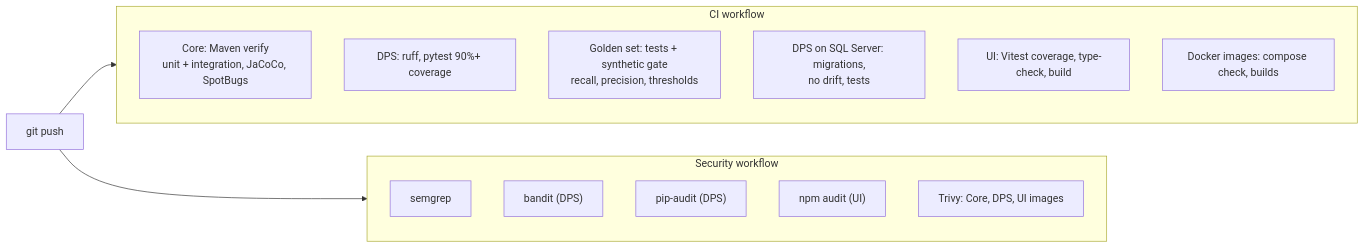
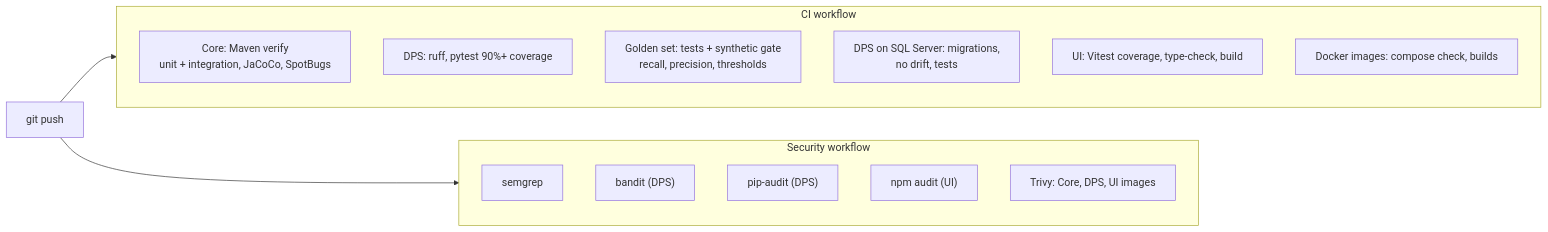
Before and after one commit to Vishwas2311/loan-covenant-platform: the ninth of 9 diagrams in docs/architecture/covenant-platform.md, drawn with Mermaid. The commit also changed other lines of this file and 3 other files, not shown here.

First line of the commit message:
Architecture diagrams: readable layouts and full titles

````diff
--- a/docs/architecture/covenant-platform.md
+++ b/docs/architecture/covenant-platform.md
@@ -298,19 +306,20 @@
 ```mermaid
+%%{init: {"flowchart": {"wrappingWidth": 420}}}%%
 flowchart LR
     push["git push"] --> ci & secw
-    subgraph ci["CI workflow"]
+    subgraph ci["CI workflow"]
         b1["Core: Maven verify<br/>unit + integration, JaCoCo, SpotBugs"]
         b2["DPS: ruff, pytest 90%+ coverage"]
         b3["Golden set: tests + synthetic gate<br/>recall, precision, thresholds"]
         b5["DPS on SQL Server: migrations,<br/>no drift, tests"]
         b4["UI: Vitest coverage, type-check, build"]
         b6["Docker images: compose check, builds"]
     end
-    subgraph secw["Security workflow"]
+    subgraph secw["Security workflow"]
         s1["semgrep"]
         s2["bandit (DPS)"]
         s3["pip-audit (DPS)"]
         s4["npm audit (UI)"]
         s5["Trivy: Core, DPS, UI images"]
     end
 ```
````
